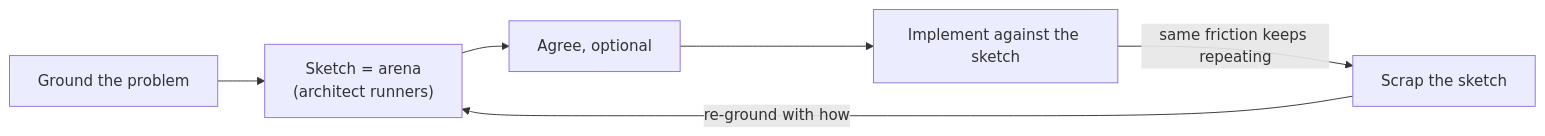
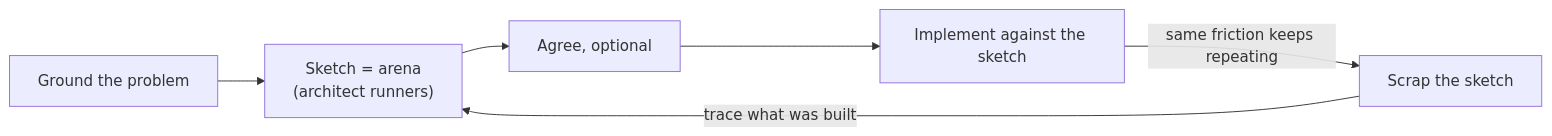
The sixth of 12 diagrams in pstack-cc/docs/skill-map.en.md (souljazzfunk/lab), drawn with Mermaid before and after one commit. The commit also changed other lines of this file and 116 other files, not shown here.

````diff
--- a/pstack-cc/docs/skill-map.en.md
+++ b/pstack-cc/docs/skill-map.en.md
@@ -144,8 +136,8 @@
 ```mermaid
 flowchart LR
   A[Ground the problem] --> B["Sketch = arena<br/>(architect runners)"]
   B --> C[Agree, optional]
   C --> D[Implement against the sketch]
   D -->|same friction keeps repeating| E[Scrap the sketch]
-  E -->|re-ground with how| B
+  E -->|trace what was built| B
 ```
````
